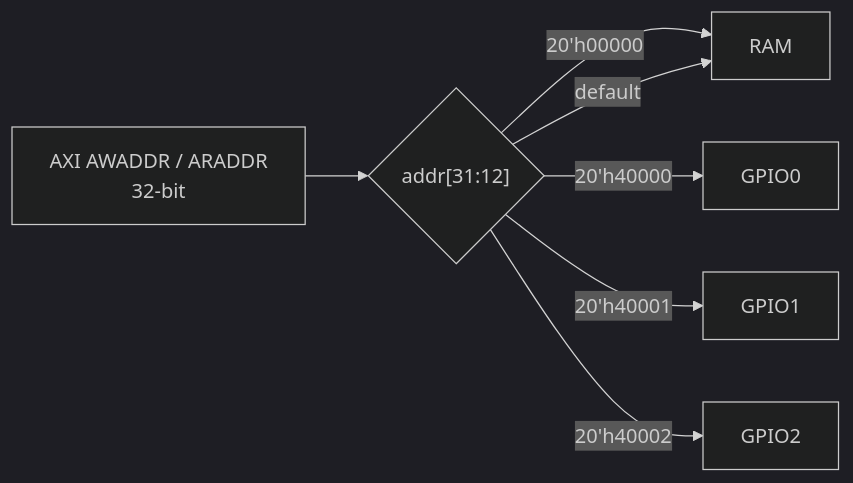
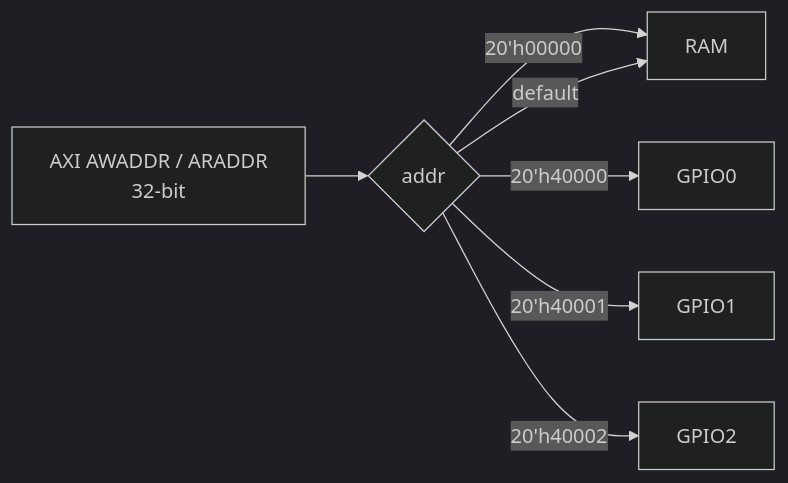
Diagram 18 of 30 in readme.MD (jaikrishn-jayachandran/Picorv32-Simple-MCU), drawn with Mermaid (dark theme) before and after one commit. The commit also changed other lines of this file, not shown here.

````diff
--- a/readme.MD
+++ b/readme.MD
@@ -160,9 +1598,10 @@
 ```mermaid
 flowchart LR
-    A["AXI AWADDR / ARADDR<br/>32-bit"] --> D{"addr[31:12]"}
+    A["AXI AWADDR / ARADDR<br/>32-bit"] --> D{"addr"}
     D -->|"20'h00000"| R["RAM"]
     D -->|"20'h40000"| G0["GPIO0"]
     D -->|"20'h40001"| G1["GPIO1"]
     D -->|"20'h40002"| G2["GPIO2"]
     D -->|"default"| R
+
 ```
````
